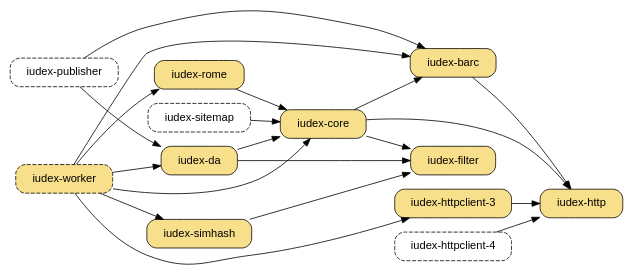
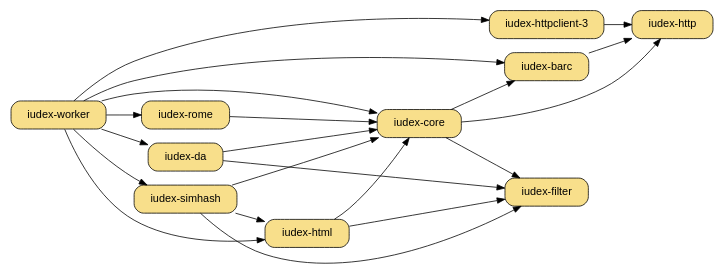
One commit to dekellum/iudex changed the diagram in www/_dot/iudex.dot. Above: the diagram before and after it, drawn with Graphviz.

Commit message:
www: simhash -> html -> core in dep diagram

```diff
--- a/www/_dot/iudex.dot
+++ b/www/_dot/iudex.dot
@@ -1,76 +1,80 @@
 digraph "iudex-gems" {
   rankdir=LR
-  size="6.5,4";
+  size="7.5,5";
   bgcolor="transparent";
   node [ shape=box, style="filled,rounded", fillcolor="#f8df8b",
          fontname="Arial",  margin="0.30,0.1" ];
 
 #  "iudex-filter" -> "gravitext-util"
 #  "iudex-da"     -> "gravitext-util"
   "iudex-da"     [ target=_parent, URL="../da.html" ];
   "iudex-da"     -> "iudex-filter"
   "iudex-da"     -> "iudex-core"
 
 #  "iudex-core"   -> "gravitext-util"
   "iudex-core"   -> "iudex-filter"
   "iudex-core"   -> "iudex-http"
   "iudex-core"     -> "iudex-barc"
 
+  "iudex-html";
   "iudex-simhash";
 
+  "iudex-simhash" -> "iudex-html";
   "iudex-simhash" -> "iudex-filter";
+  "iudex-simhash" -> "iudex-core";
+#  "iudex-core"    -> "iudex-simhash";
 
-#  "iudex-simhash" -> "iudex-core";
-#  "iudex-core"    -> "iudex-simhash";
+  "iudex-html" -> "iudex-filter";
+  "iudex-html" -> "iudex-core";
 
   "iudex-rome"   -> "iudex-core"
 
-  "iudex-sitemap" [ style="rounded,dashed" ];
-  "iudex-sitemap" [ target=_parent, URL="../sitemap.html" ];
-  "iudex-sitemap" -> "iudex-core"
+#  "iudex-sitemap" [ style="rounded,dashed" ];
+#  "iudex-sitemap" [ target=_parent, URL="../sitemap.html" ];
+#  "iudex-sitemap" -> "iudex-core"
 
 #  "iudex-barc"   -> "gravitext-util"
   "iudex-barc"   -> "iudex-http"
   "iudex-barc"   [ target=_parent, URL="../barc.html" ];
 #  "iudex-http"   -> "gravitext-util"
 
-
   subgraph cluster_0 {
     style=invis;
     "iudex-http"
     "iudex-httpclient-3" -> "iudex-http"
 
-    "iudex-httpclient-4" [ style="rounded,dashed" ];
-    "iudex-httpclient-4" -> "iudex-http"
+#    "iudex-httpclient-4" [ style="rounded,dashed" ];
+#    "iudex-httpclient-4" -> "iudex-http"
   }
 
-  "iudex-worker" [ style="filled,rounded,dashed" ];
+  "iudex-worker";
   "iudex-worker" -> "iudex-da"
   "iudex-worker" -> "iudex-rome"
   "iudex-worker" -> "iudex-core"
   "iudex-worker" -> "iudex-httpclient-3"
   "iudex-worker" -> "iudex-barc"
+  "iudex-worker" -> "iudex-html"
   "iudex-worker" -> "iudex-simhash"
 
-  "iudex-publisher" [ style="rounded,dashed" ];
-  "iudex-publisher" -> "iudex-da"
-  "iudex-publisher" -> "iudex-barc"
+#  "iudex-publisher" [ style="rounded,dashed" ];
+#  "iudex-publisher" -> "iudex-da"
+#  "iudex-publisher" -> "iudex-barc"
 
 #  "iudex-filter" -> "rjack-slf4j"
 #  "iudex-filter" -> "rjack-logback"
 #  "iudex-http"   -> "rjack-slf4j"
 #  "iudex-barc"   -> "rjack-slf4j"
 #  "iudex-core"   -> "rjack-slf4j"
 #  "iudex-core"   -> "rjack-logback"
 #  "iudex-da"     -> "rjack-slf4j"
 
 #  "rjack-httpclient" -> "rjack-commons-codec";
 #  "rjack-httpclient" -> "rjack-logback" [ style=dashed, label="dev" ];
 #  "rjack-httpclient" -> "rjack-slf4j";
 
 #  "rjack-slf4j"   [ group=log ];
 #  "rjack-logback" [ group=log ];
 #  "rjack-logback" -> "rjack-slf4j";
 #  "rjack-commons-codec"   [ group=commons ];
 
 }
```
